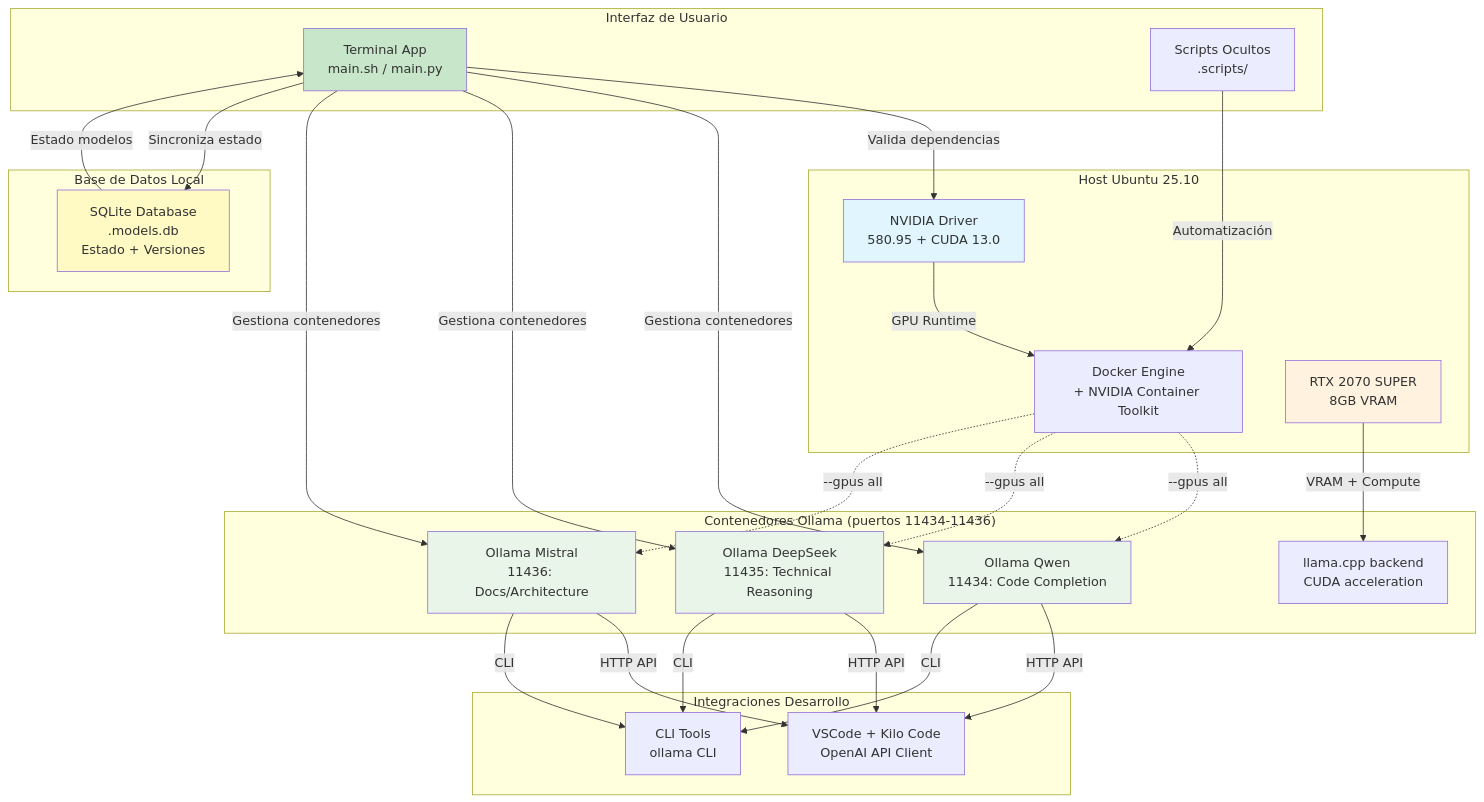
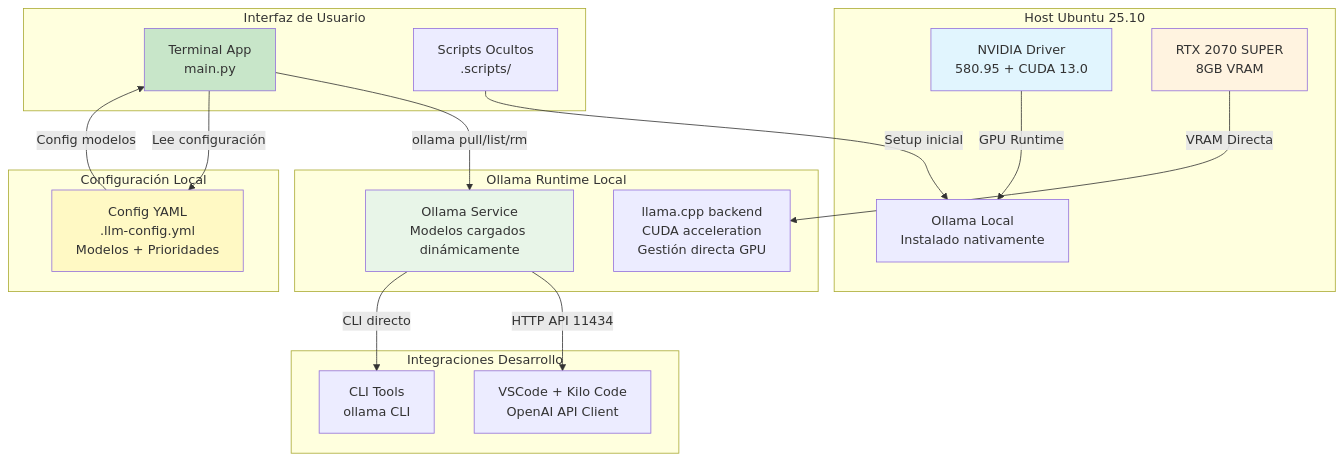
One commit to luisli88/local-llm-prompt changed the diagram in specs/architecture.md. Above: the diagram before and after it, drawn with Mermaid. The commit also changed other lines of this file and 21 other files, not shown here.

Commit message:
feat: change all to local ollama environment

````diff
--- a/specs/architecture.md
+++ b/specs/architecture.md
@@ -3,56 +3,42 @@
 ```mermaid
 graph TB
     subgraph "Host Ubuntu 25.10"
         A[NVIDIA Driver<br/>580.95 + CUDA 13.0]
-        B[Docker Engine<br/>+ NVIDIA Container Toolkit]
+        B[Ollama Local<br/>Instalado nativamente]
         C[RTX 2070 SUPER<br/>8GB VRAM]
     end
 
     subgraph "Interfaz de Usuario"
-        D[Terminal App<br/>main.sh / main.py]
+        D[Terminal App<br/>main.py]
         E[Scripts Ocultos<br/>.scripts/]
     end
 
-    subgraph "Base de Datos Local"
-        L[SQLite Database<br/>.models.db<br/>Estado + Versiones]
+    subgraph "Configuración Local"
+        L[Config YAML<br/>.llm-config.yml<br/>Modelos + Prioridades]
     end
 
-    subgraph "Contenedores Ollama (puertos 11434-11436)"
-        F[Ollama Qwen<br/>11434: Code Completion]
-        G[Ollama DeepSeek<br/>11435: Technical Reasoning]
-        H[Ollama Mistral<br/>11436: Docs/Architecture]
-        I[llama.cpp backend<br/>CUDA acceleration]
+    subgraph "Ollama Runtime Local"
+        F["Ollama Service<br/>Modelos cargados dinámicamente"]
+        I[llama.cpp backend<br/>CUDA acceleration<br/>Gestión directa GPU]
     end
 
     subgraph "Integraciones Desarrollo"
         J[VSCode + Kilo Code<br/>OpenAI API Client]
         K[CLI Tools<br/>ollama CLI]
     end
 
-    D -->|Valida dependencias| A
-    D -->|Gestiona contenedores| F
-    D -->|Gestiona contenedores| G
-    D -->|Gestiona contenedores| H
-    D -->|Sincroniza estado| L
-    E -->|Automatización| B
+    D -->|ollama pull/list/rm| F
+    D -->|Lee configuración| L
+    E -->|Setup inicial| B
     A -->|GPU Runtime| B
-    B -.->|--gpus all| F
-    B -.->|--gpus all| G
-    B -.->|--gpus all| H
-    C -->|VRAM + Compute| I
-    L -->|Estado modelos| D
-    F -->|HTTP API| J
-    G -->|HTTP API| J
-    H -->|HTTP API| J
-    F -->|CLI| K
-    G -->|CLI| K
-    H -->|CLI| K
+    C -->|VRAM Directa| I
+    L -->|Config modelos| D
+    F -->|HTTP API 11434| J
+    F -->|CLI directo| K
 
     style A fill:#e1f5fe
     style C fill:#fff3e0
     style D fill:#c8e6c9
     style L fill:#fff9c4
     style F fill:#e8f5e8
-    style G fill:#e8f5e8
-    style H fill:#e8f5e8
 ```
````
